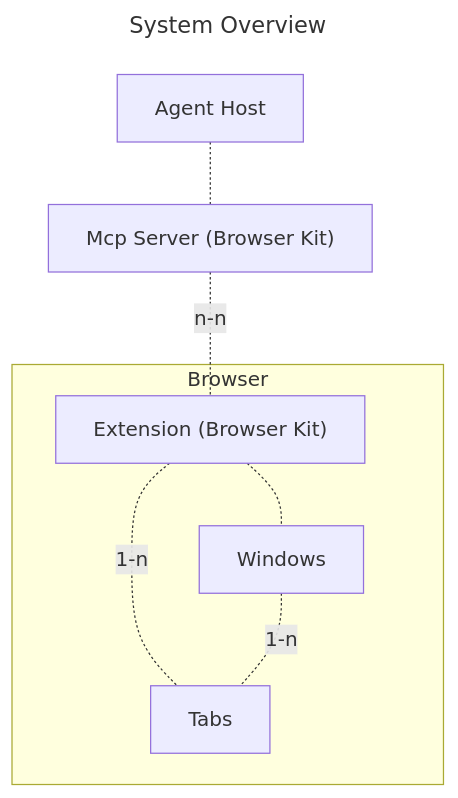
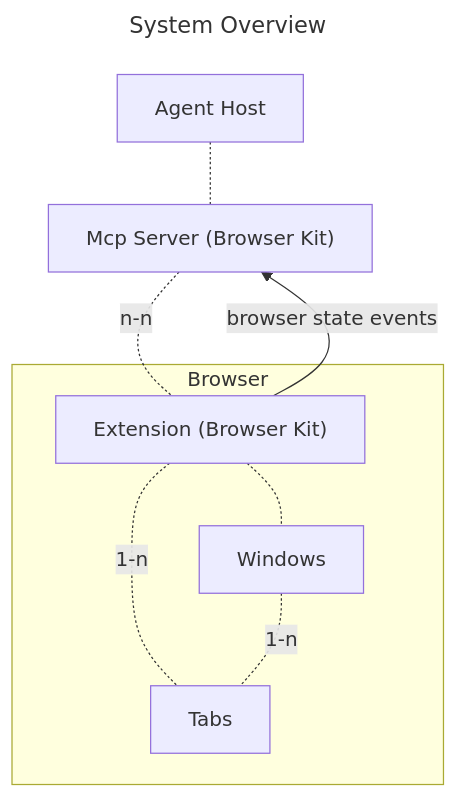
The first of 5 diagrams in docs/architecture.md (ndthanhdev/mcp-browser-kit), drawn with Mermaid before and after one commit. The commit also changed other lines of this file and 46 other files, not shown here.

````diff
--- a/docs/architecture.md
+++ b/docs/architecture.md
@@ -9,22 +9,23 @@
 ```mermaid
 ---
 title: System Overview
 ---
 flowchart TB
   AgentHost["Agent Host"]
   McpServer["Mcp Server (Browser Kit)"]
   Extensions
   Browser
 
   subgraph Browser
     Windows
     Tabs
     Extensions["Extension (Browser Kit)"]
   end
 
   AgentHost -.- McpServer
   McpServer -.-|"n-n"| Extensions
+  Extensions -->|"browser state events"| McpServer
   Extensions -.-|"1-n"| Tabs
   Extensions -.- Windows
   Windows -.-|"1-n"| Tabs
 ```
````
